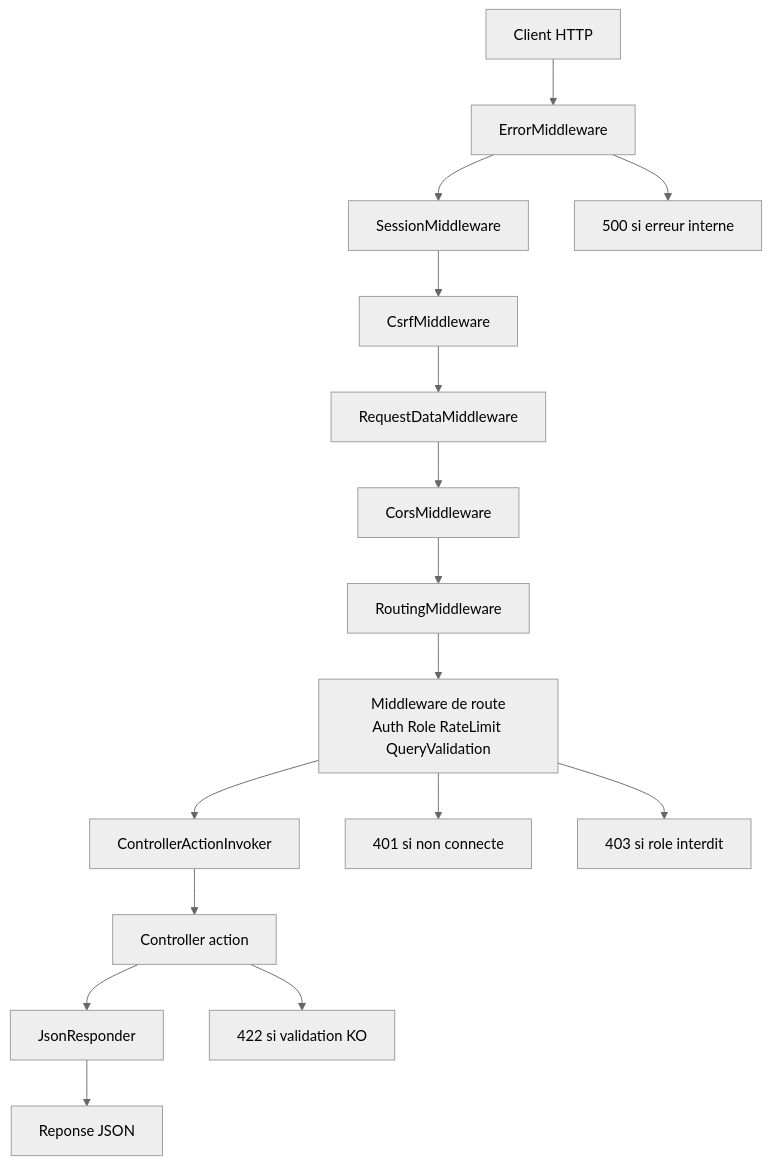
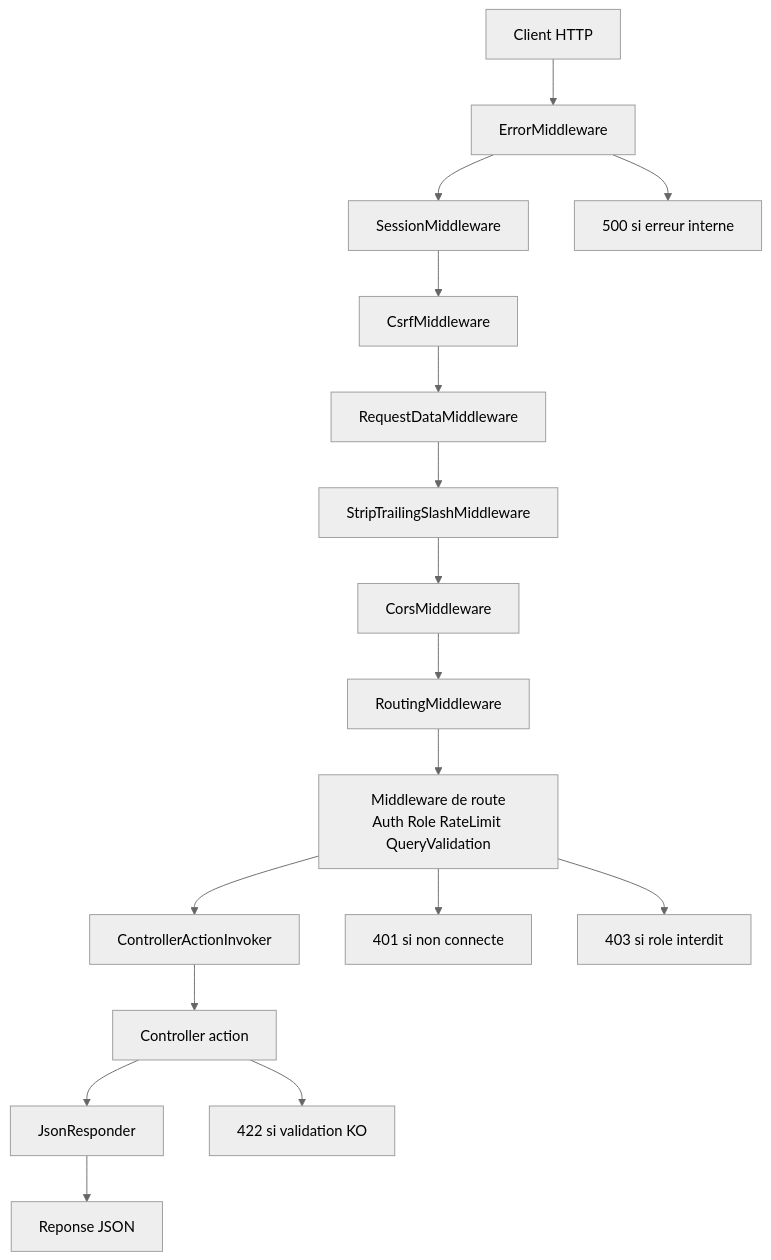
One commit to Blackfist696/marketplace changed the ninth of 9 diagrams in marketplace/docs/cahier-technique-backend-db.md. Above: the diagram before and after it, drawn with Mermaid (neutral theme). The commit also changed other lines of this file and 2 other files, not shown here.

````diff
--- a/marketplace/docs/cahier-technique-backend-db.md
+++ b/marketplace/docs/cahier-technique-backend-db.md
@@ -607,19 +610,20 @@
 ```mermaid
 flowchart TD
    A[Client HTTP] --> B[ErrorMiddleware]
    B --> C[SessionMiddleware]
    C --> D[CsrfMiddleware]
    D --> E[RequestDataMiddleware]
-   E --> F[CorsMiddleware]
-   F --> G[RoutingMiddleware]
-   G --> H[Middleware de route\nAuth Role RateLimit QueryValidation]
-   H --> I[ControllerActionInvoker]
-   I --> J[Controller action]
-   J --> K[JsonResponder]
-   K --> L[Reponse JSON]
+   E --> F[StripTrailingSlashMiddleware]
+   F --> G[CorsMiddleware]
+   G --> H[RoutingMiddleware]
+   H --> I[Middleware de route\nAuth Role RateLimit QueryValidation]
+   I --> J[ControllerActionInvoker]
+   J --> K[Controller action]
+   K --> L[JsonResponder]
+   L --> M[Reponse JSON]
 
-   H --> M[401 si non connecte]
-   H --> N[403 si role interdit]
-   J --> O[422 si validation KO]
-   B --> P[500 si erreur interne]
+   I --> N[401 si non connecte]
+   I --> O[403 si role interdit]
+   K --> P[422 si validation KO]
+   B --> Q[500 si erreur interne]
 ```
````
